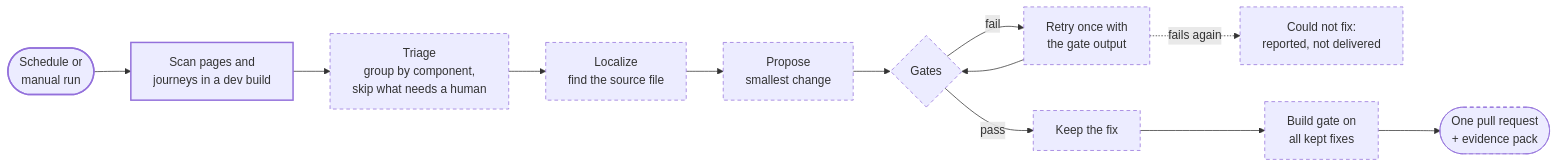
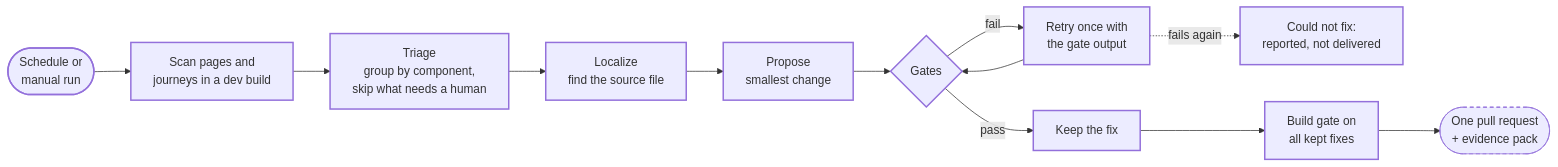
One commit to riz007/altshift changed the first of 5 diagrams in README.md. Above: the diagram before and after it, drawn with Mermaid. The commit also changed other lines of this file and 42 other files, not shown here.

````diff
--- a/README.md
+++ b/README.md
@@ -27,19 +27,19 @@
 ```mermaid
 flowchart LR
     A([Schedule or<br/>manual run]) --> B[Scan pages and<br/>journeys in a dev build]
     B --> C[Triage<br/>group by component,<br/>skip what needs a human]
     C --> D[Localize<br/>find the source file]
     D --> E[Propose<br/>smallest change]
     E --> F{Gates}
     F -- pass --> G[Keep the fix]
     F -- fail --> H[Retry once with<br/>the gate output]
     H --> F
     H -. fails again .-> I[Could not fix:<br/>reported, not delivered]
     G --> J[Build gate on<br/>all kept fixes]
     J --> K([One pull request<br/>+ evidence pack])
 
     classDef built stroke-width:2px
     classDef planned stroke-dasharray:5 4
-    class A,B built
-    class C,D,E,F,G,H,I,J,K planned
+    class A,B,C,D,E,F,G,H,I,J built
+    class K planned
 ```
````
